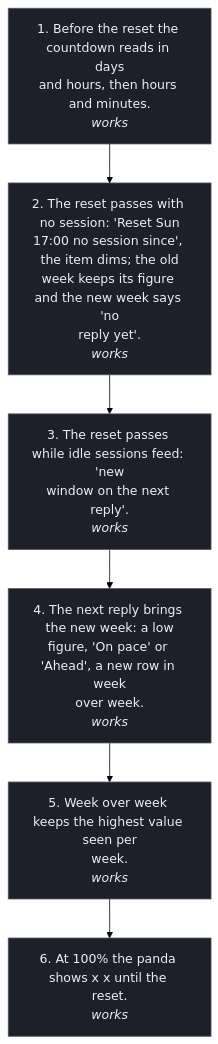
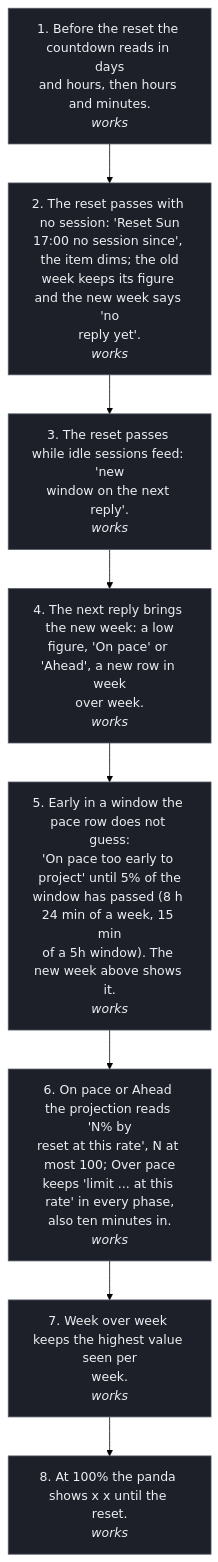
One commit to tokenpandadev/tokenpanda-app changed the diagram in design/wireframes/flows/06-weekly-reset.mmd. Above: the diagram before and after it, drawn with Mermaid (forest theme). The commit also changed 45 other files, not shown here.

```diff
--- a/design/wireframes/flows/06-weekly-reset.mmd
+++ b/design/wireframes/flows/06-weekly-reset.mmd
@@ -1,16 +1,20 @@
 flowchart TD
   classDef works fill:#1d2029,stroke:#555b68,color:#eceef1;
   classDef friction fill:#262a34,stroke:#eceef1,stroke-width:2px,color:#eceef1;
   classDef broken fill:#1d2029,stroke:#d77757,stroke-width:2px,color:#d77757;
   classDef byhand fill:#1d2029,stroke:#eceef1,stroke-width:1px,stroke-dasharray:4 3,color:#eceef1;
   S1["1. Before the reset the countdown reads in days<br/>and hours, then hours and minutes.<br/><i>works</i>"]:::works
   S2["2. The reset passes with no session: 'Reset Sun<br/>17:00 no session since', the item dims; the old<br/>week keeps its figure and the new week says 'no<br/>reply yet'.<br/><i>works</i>"]:::works
   S3["3. The reset passes while idle sessions feed: 'new<br/>window on the next reply'.<br/><i>works</i>"]:::works
   S4["4. The next reply brings the new week: a low<br/>figure, 'On pace' or 'Ahead', a new row in week<br/>over week.<br/><i>works</i>"]:::works
-  S5["5. Week over week keeps the highest value seen per<br/>week.<br/><i>works</i>"]:::works
-  S6["6. At 100% the panda shows x x until the reset.<br/><i>works</i>"]:::works
+  S5["5. Early in a window the pace row does not guess:<br/>'On pace too early to project' until 5% of the<br/>window has passed (8 h 24 min of a week, 15 min<br/>of a 5h window). The new week above shows it.<br/><i>works</i>"]:::works
+  S6["6. On pace or Ahead the projection reads 'N% by<br/>reset at this rate', N at most 100; Over pace<br/>keeps 'limit ... at this rate' in every phase,<br/>also ten minutes in.<br/><i>works</i>"]:::works
+  S7["7. Week over week keeps the highest value seen per<br/>week.<br/><i>works</i>"]:::works
+  S8["8. At 100% the panda shows x x until the reset.<br/><i>works</i>"]:::works
   S1 --> S2
   S2 --> S3
   S3 --> S4
   S4 --> S5
   S5 --> S6
+  S6 --> S7
+  S7 --> S8
```
